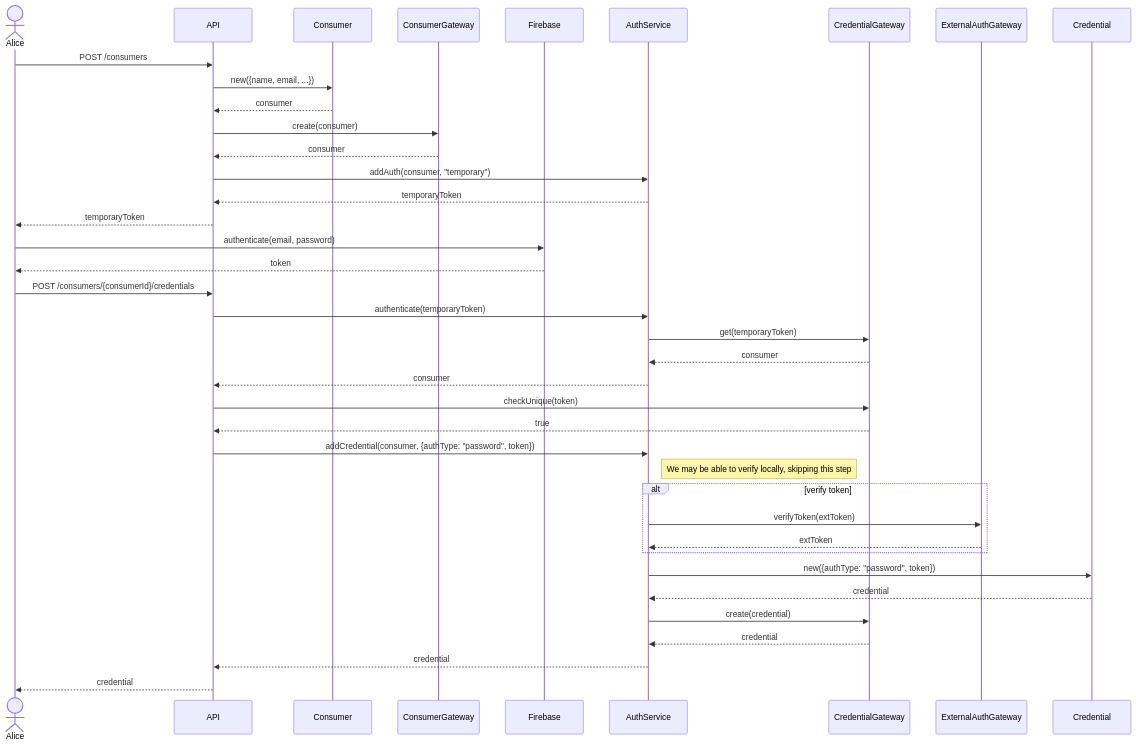
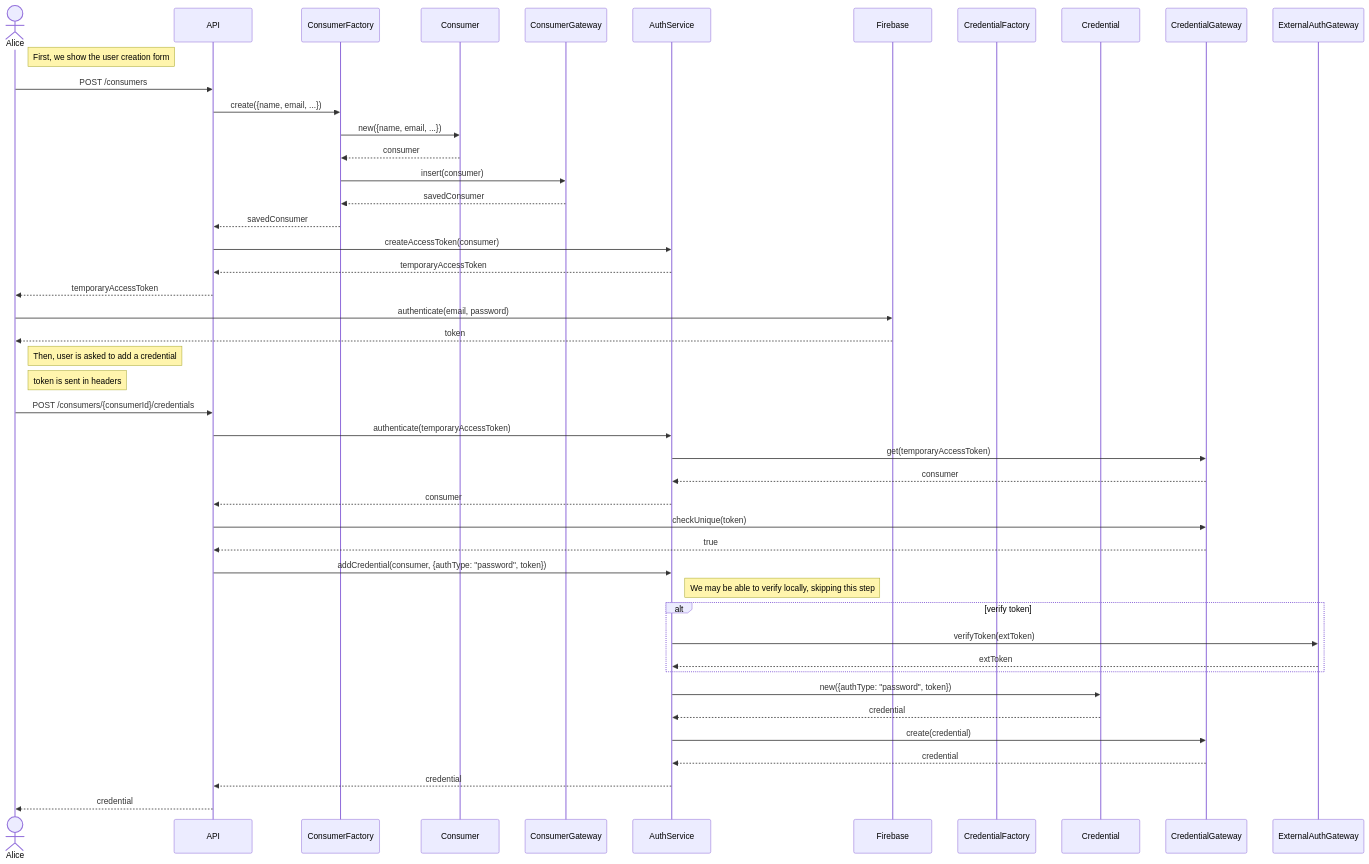
One commit to hivetown/planning changed the seventh of 32 diagrams in sequence.md. Above: the diagram before and after it, drawn with Mermaid. The commit also changed other lines of this file, not shown here.

````diff
--- a/sequence.md
+++ b/sequence.md
@@ -247,51 +254,61 @@
 ```mermaid
 sequenceDiagram
     actor A as Alice
     participant API
+    participant CF as ConsumerFactory
     participant C as Consumer
     participant CG as ConsumerGateway
+    participant Au as AuthService
     participant F as Firebase
-    participant Au as AuthService
+    participant CredF as CredentialFactory
+    participant Cred as Credential
     participant CredG as CredentialGateway
     participant EAu as ExternalAuthGateway
-    participant Cred as Credential
 
+    Note right of A: First, we show the user creation form
     A ->> API: POST /consumers
 
-    API ->> C: new({name, email, ...})
-    C -->> API: consumer
+    API ->> CF: create({name, email, ...})
 
-    API ->> CG: create(consumer)
-    CG -->> API: consumer
+    CF ->> C: new({name, email, ...})
+    C -->> CF: consumer
 
-    API ->> Au: addAuth(consumer, "temporary")
-    Au -->> API: temporaryToken
-    API -->> A: temporaryToken
+    CF ->> CG: insert(consumer)
+    CG -->> CF: savedConsumer
+
+    CF -->> API: savedConsumer
+
+    API ->> Au: createAccessToken(consumer)
+    Au -->> API: temporaryAccessToken
+
+    API -->> A: temporaryAccessToken
 
     A ->> F: authenticate(email, password)
     F -->> A: token
 
+    Note right of A: Then, user is asked to add a credential
+    Note right of A: token is sent in headers
     A ->> API: POST /consumers/{consumerId}/credentials
-    API ->> Au: authenticate(temporaryToken)
-    Au ->> CredG: get(temporaryToken)
+    API ->> Au: authenticate(temporaryAccessToken)
+    Au ->> CredG: get(temporaryAccessToken)
     CredG -->> Au: consumer
     Au -->> API: consumer
 
     API ->> CredG: checkUnique(token)
     CredG -->> API: true
 
     API ->> Au: addCredential(consumer, {authType: "password", token})
 
     Note right of Au: We may be able to verify locally, skipping this step
     alt verify token
         Au ->> EAu: verifyToken(extToken)
         EAu -->> Au: extToken
     end
 
     Au ->> Cred: new({authType: "password", token})
     Cred -->> Au: credential
     Au ->> CredG: create(credential)
     CredG -->> Au: credential
     Au -->> API: credential
     API -->> A: credential
 ```
````
